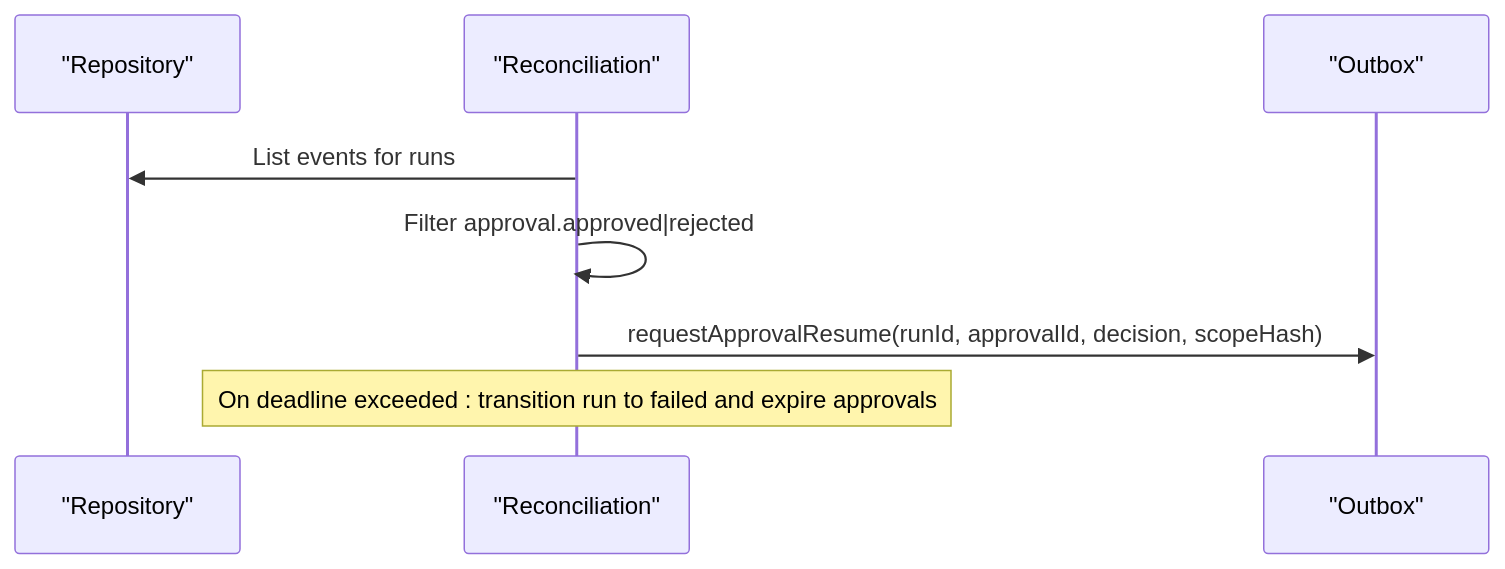
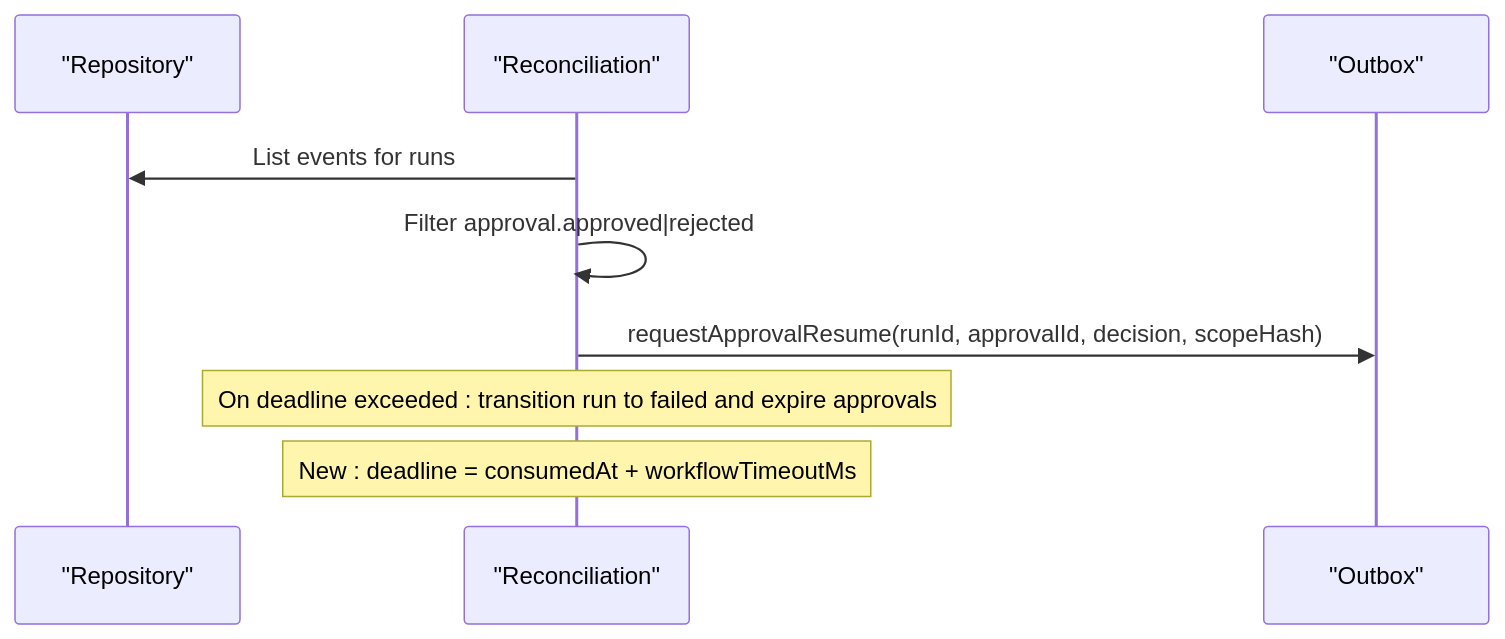
The sixth of 8 diagrams in .qoder/repowiki/en/content/Core Concepts/Approvals and Human Intervention.md (vmyazin/agent-os-passerine), drawn with Mermaid before and after one commit. The commit also changed other lines of this file and 133 other files, not shown here.

````diff
--- a/.qoder/repowiki/en/content/Core Concepts/Approvals and Human Intervention.md
+++ b/.qoder/repowiki/en/content/Core Concepts/Approvals and Human Intervention.md
@@ -241,10 +270,11 @@
 ```mermaid
 sequenceDiagram
 participant Repo as "Repository"
 participant Rec as "Reconciliation"
 participant Outbox as "Outbox"
 Rec->>Repo : List events for runs
 Rec->>Rec : Filter approval.approved|rejected
 Rec->>Outbox : requestApprovalResume(runId, approvalId, decision, scopeHash)
 Note over Rec : On deadline exceeded : transition run to failed and expire approvals
+Note over Rec : New : deadline = consumedAt + workflowTimeoutMs
 ```
````
